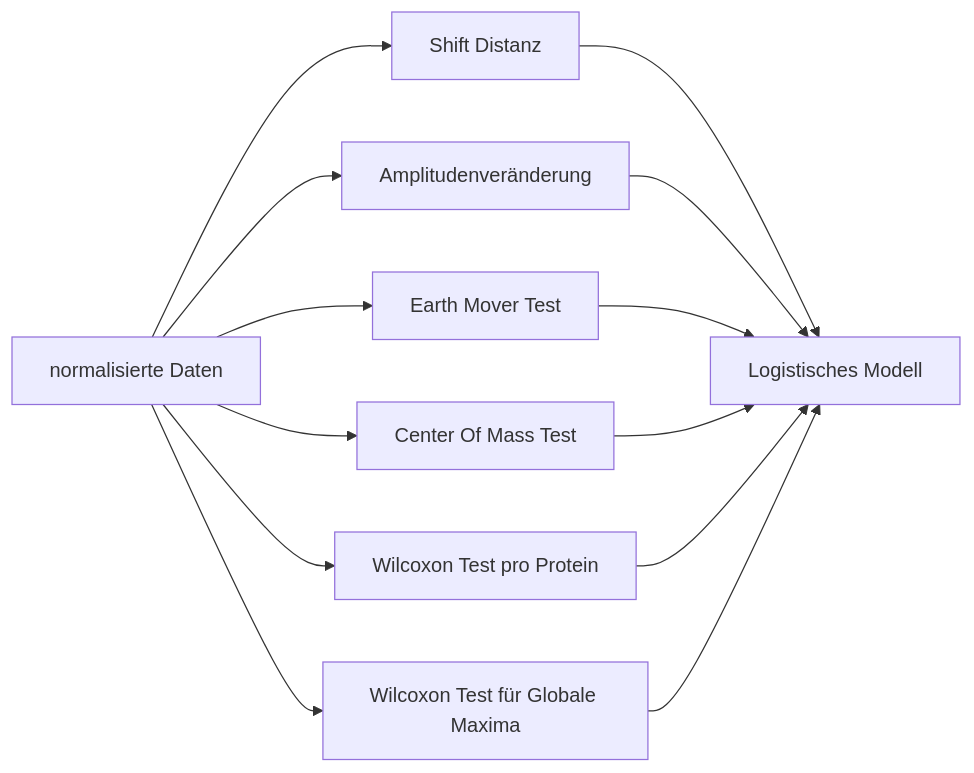
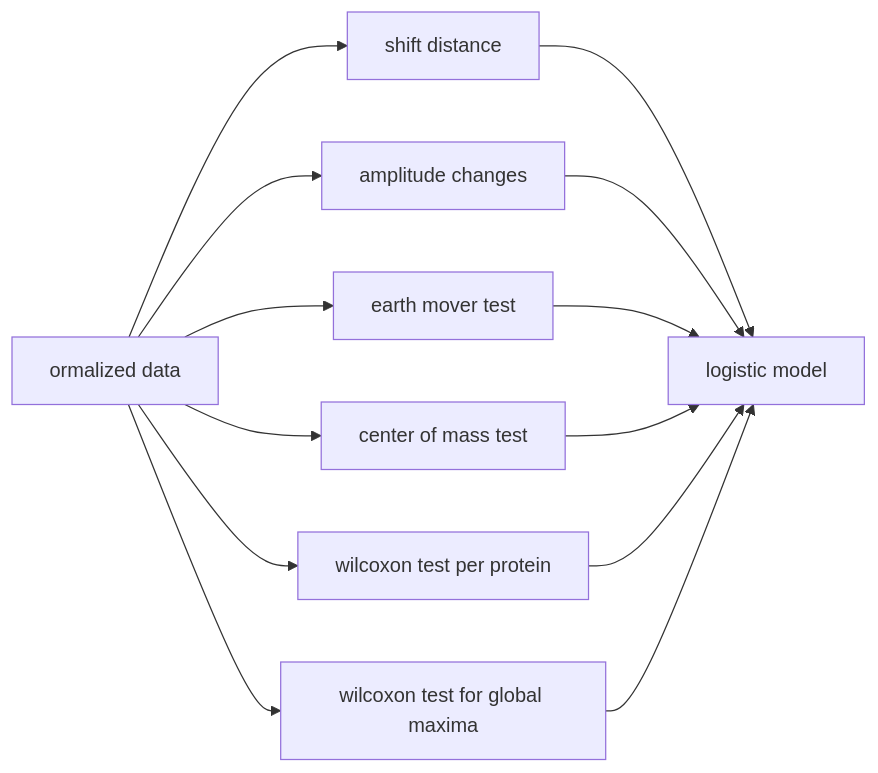
One commit to MichelaPozzi/2025-topic-03-group-04 changed the second of 3 diagrams in README.md. Above: the diagram before and after it, drawn with Mermaid. The commit also changed other lines of this file, not shown here.

````diff
--- a/README.md
+++ b/README.md
@@ -166,15 +164,15 @@
 ```mermaid
 flowchart LR
-    A[normalisierte Daten] --> B[Shift Distanz]
-    A --> C[Amplitudenveränderung]
-    A --> D[Earth Mover Test]
-    A --> E[Center Of Mass Test]
-    A --> F[Wilcoxon Test pro Protein]
-    A --> G[Wilcoxon Test für Globale Maxima]
-    B --> H[Logistisches Modell]
+    A[ormalized data] --> B[shift distance]
+    A --> C[amplitude changes]
+    A --> D[earth mover test]
+    A --> E[center of mass test]
+    A --> F[wilcoxon test per protein]
+    A --> G[wilcoxon test for global maxima]
+    B --> H[logistic model]
     C --> H
     D --> H
     E --> H
     F --> H
     G --> H
 ```
````
